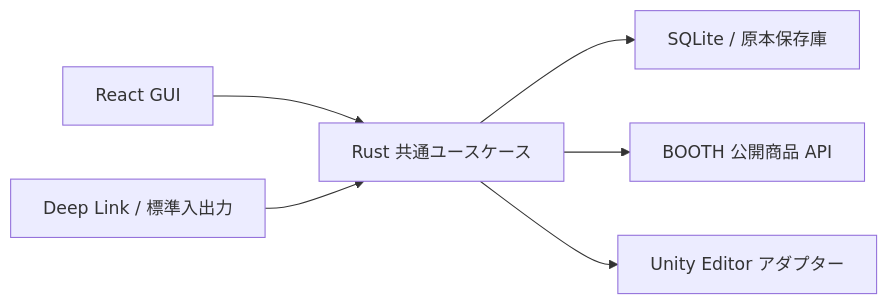
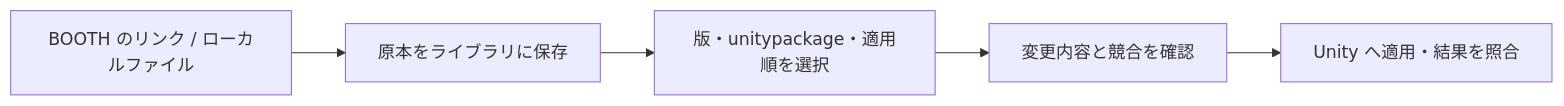
Before and after one commit to tukiminya/omnooth: the diagram in README.md, drawn with Mermaid. The commit also changed other lines of this file and 55 other files, not shown here.

````diff
--- a/README.md
+++ b/README.md
@@ -52,8 +28,7 @@
 ```mermaid
 flowchart LR
-    GUI["React GUI"] --> APP["Rust 共通ユースケース"]
-    EXT["Deep Link / 標準入出力"] --> APP
-    APP --> LOCAL["SQLite / 原本保存庫"]
-    APP --> BOOTH["BOOTH 公開商品 API"]
-    APP --> UNITY["Unity Editor アダプター"]
+    A["BOOTH のリンク / ローカルファイル"] --> B["原本をライブラリに保存"]
+    B --> C["版・unitypackage・適用順を選択"]
+    C --> D["変更内容と競合を確認"]
+    D --> E["Unity へ適用・結果を照合"]
 ```
````
